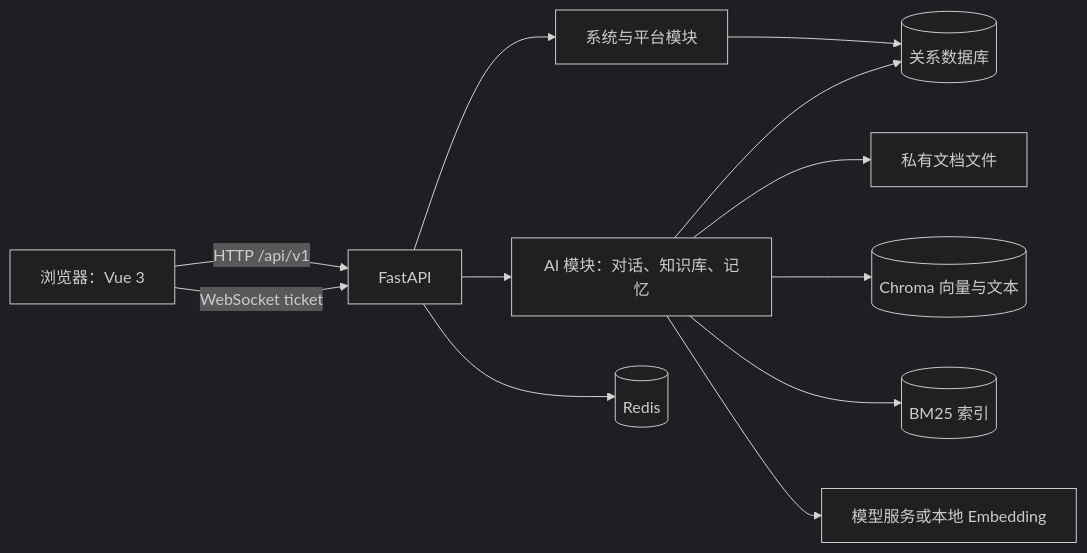
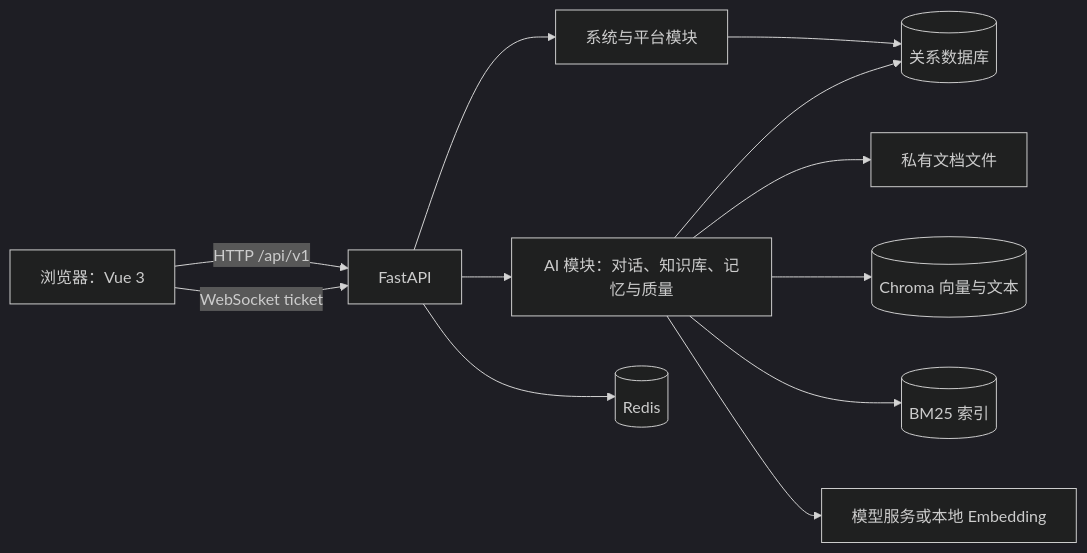
One commit to kaliluying/FastapiAdmin changed the diagram in docs/ARCHITECTURE_AND_DEVELOPMENT.md. Above: the diagram before and after it, drawn with Mermaid (dark theme). The commit also changed other lines of this file and 18 other files, not shown here.

````diff
--- a/docs/ARCHITECTURE_AND_DEVELOPMENT.md
+++ b/docs/ARCHITECTURE_AND_DEVELOPMENT.md
@@ -9,14 +11,14 @@
 ```mermaid
 flowchart LR
     U[浏览器：Vue 3] -->|HTTP /api/v1| A[FastAPI]
     U -->|WebSocket ticket| A
     A --> S[系统与平台模块]
-    A --> K[AI 模块：对话、知识库、记忆]
+    A --> K[AI 模块：对话、知识库、记忆与质量]
     S --> DB[(关系数据库)]
     K --> DB
     A --> R[(Redis)]
     K --> F[私有文档文件]
     K --> C[(Chroma 向量与文本)]
     K --> B[(BM25 索引)]
     K --> M[模型服务或本地 Embedding]
 ```
````
